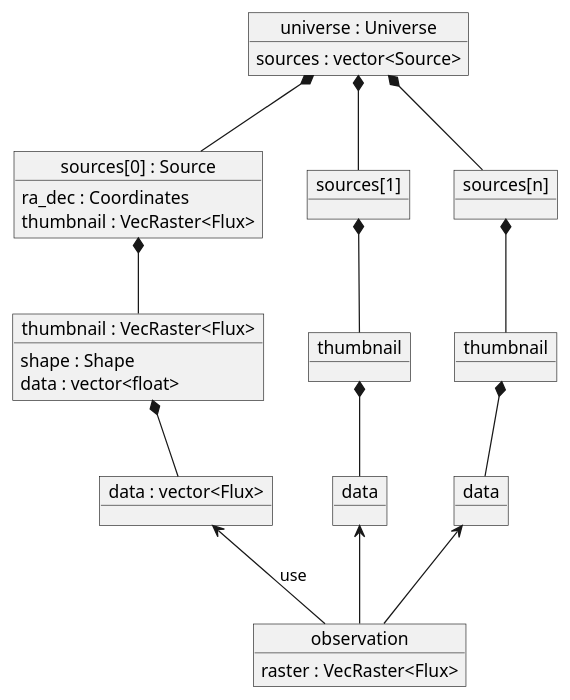
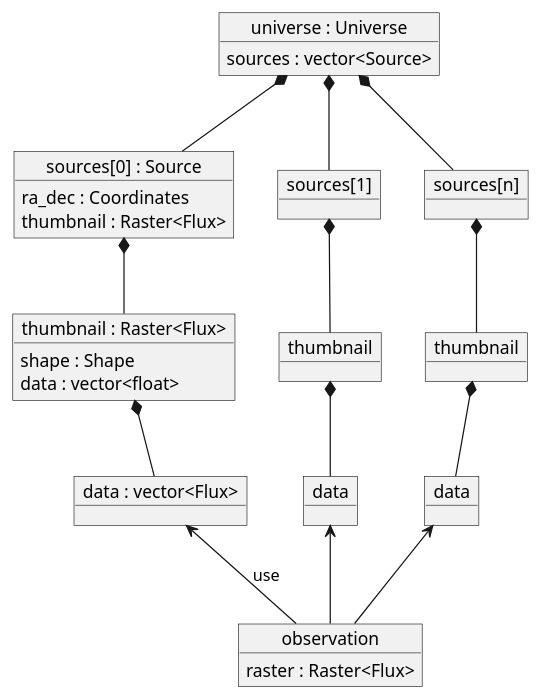
The diagram in EleFitsExamples/doc/diagrams/src/ood.puml (CNES/EleFits), drawn with PlantUML before and after one commit. The commit also changed 28 other files, not shown here.

Commit message:
Replace VecRaster with Raster

```diff
--- a/EleFitsExamples/doc/diagrams/src/ood.puml
+++ b/EleFitsExamples/doc/diagrams/src/ood.puml
@@ -1,46 +1,46 @@
 @startuml
 
 object "universe : Universe" as universe {
     sources : vector<Source>
 }
 
 object "sources[0] : Source" as sources_0 {
     ra_dec : Coordinates
-    thumbnail : VecRaster<Flux>
+    thumbnail : Raster<Flux>
 }
 
 object "sources[1]" as sources_1
 object "sources[n]" as sources_n
 
-object "thumbnail : VecRaster<Flux>" as thumbnail_0 {
+object "thumbnail : Raster<Flux>" as thumbnail_0 {
     shape : Shape
     data : vector<float>
 }
 object "thumbnail" as thumbnail_1
 object "thumbnail" as thumbnail_n
 
 object "data : vector<Flux>" as data_0
 object "data" as data_1
 object "data" as data_n
 
 universe *-- sources_0
 sources_0 *-- thumbnail_0
 thumbnail_0 *-- data_0
 
 universe *-- sources_1
 sources_1 *-- thumbnail_1
 thumbnail_1 *-- data_1
 
 universe *-- sources_n
 sources_n *-- thumbnail_n
 thumbnail_n *-- data_n
 
 object observation {
-    raster : VecRaster<Flux>
+    raster : Raster<Flux>
 }
 
 data_0 <-- observation : use
 data_1 <-- observation
 data_n <-- observation
 
 @enduml
```
